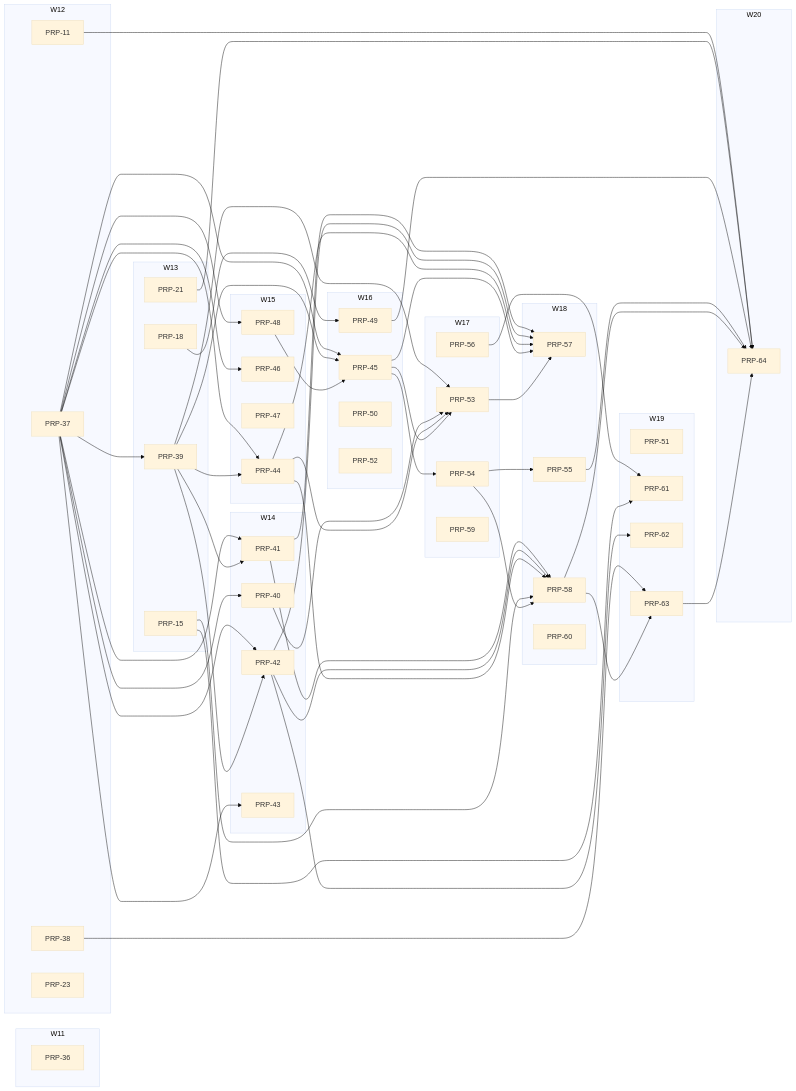
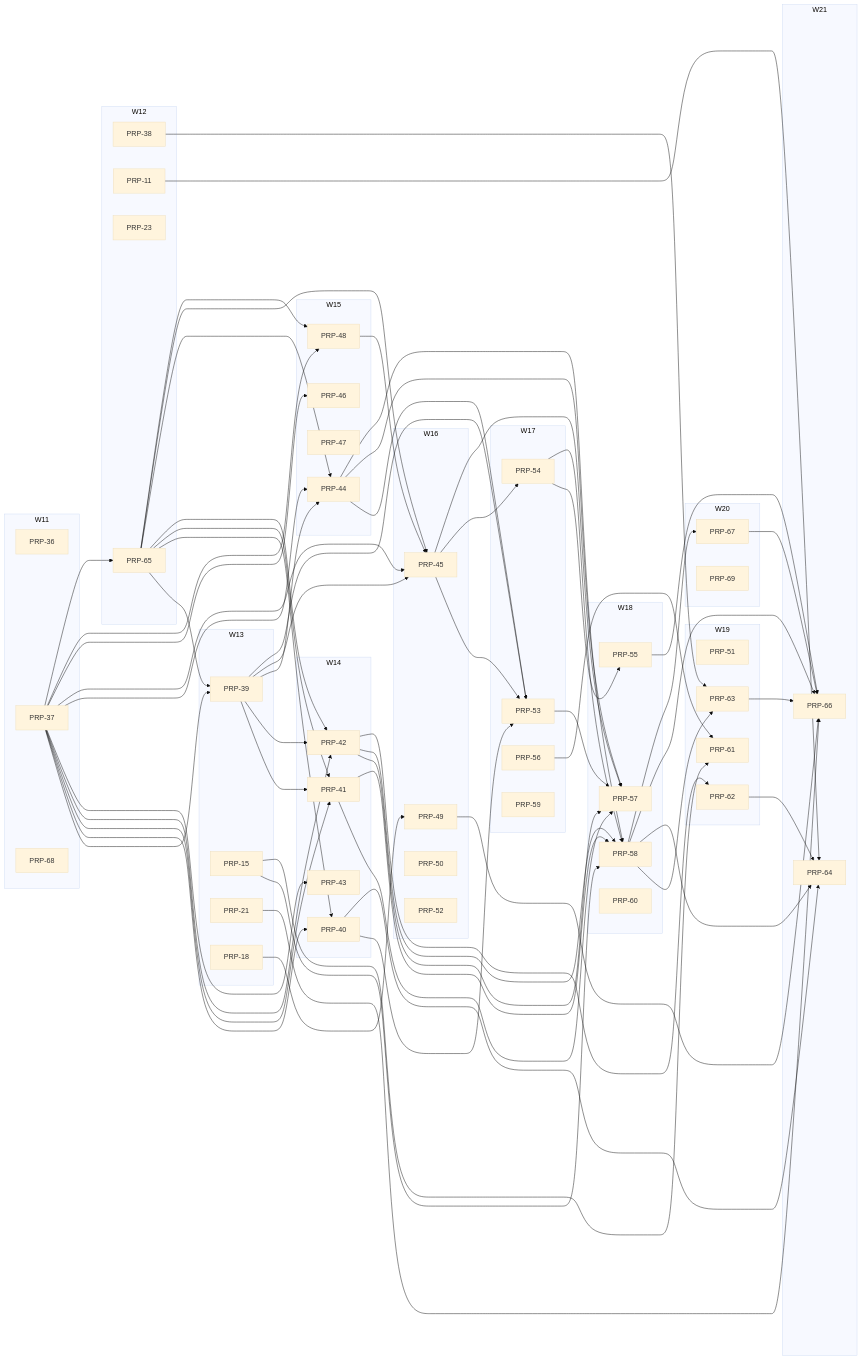
The diagram in PRPs/EXECUTION-PLAN.md (fgarofalo56/neurosphere), drawn with Mermaid (base theme) before and after one commit. The commit also changed other lines of this file and 25 other files, not shown here.

````diff
--- a/PRPs/EXECUTION-PLAN.md
+++ b/PRPs/EXECUTION-PLAN.md
@@ -162,12 +174,14 @@
 flowchart LR
   subgraph W11
     P36["PRP-36"]
+    P37["PRP-37"]
+    P68["PRP-68"]
   end
   subgraph W12
-    P37["PRP-37"]
     P38["PRP-38"]
     P11["PRP-11"]
     P23["PRP-23"]
+    P65["PRP-65"]
   end
   subgraph W13
     P39["PRP-39"]
@@ -212,22 +226,34 @@
     P63["PRP-63"]
   end
   subgraph W20
+    P67["PRP-67"]
+    P69["PRP-69"]
+  end
+  subgraph W21
     P64["PRP-64"]
+    P66["PRP-66"]
   end
   P37 --> P39
+  P65 --> P39
   P37 --> P40
+  P65 --> P40
   P37 --> P41
+  P65 --> P41
   P39 --> P41
   P37 --> P42
+  P65 --> P42
   P39 --> P42
   P37 --> P43
   P37 --> P44
+  P65 --> P44
   P39 --> P44
   P37 --> P45
+  P65 --> P45
   P39 --> P45
   P48 --> P45
   P37 --> P46
   P37 --> P48
+  P65 --> P48
   P18 --> P49
   P39 --> P53
   P40 --> P53
@@ -251,9 +277,15 @@
   P38 --> P63
   P58 --> P63
   P11 --> P64
-  P21 --> P64
-  P49 --> P64
-  P55 --> P64
+  P40 --> P64
   P58 --> P64
-  P63 --> P64
+  P62 --> P64
+  P37 --> P65
+  P21 --> P66
+  P49 --> P66
+  P55 --> P66
+  P58 --> P66
+  P63 --> P66
+  P67 --> P66
+  P58 --> P67
 ```
````
